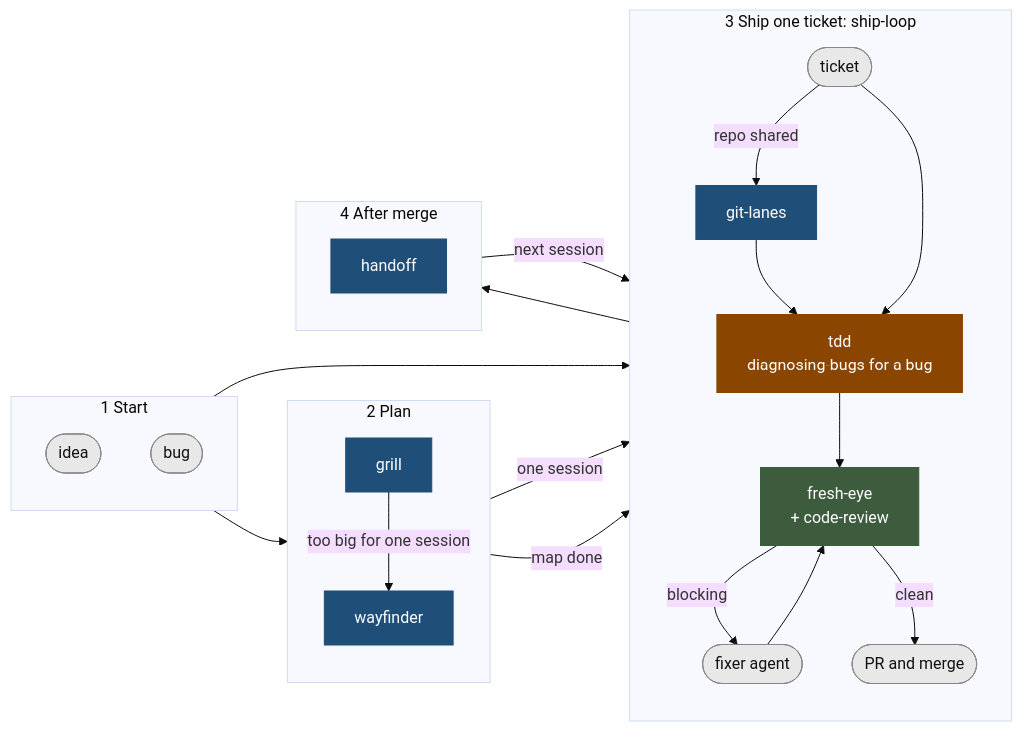
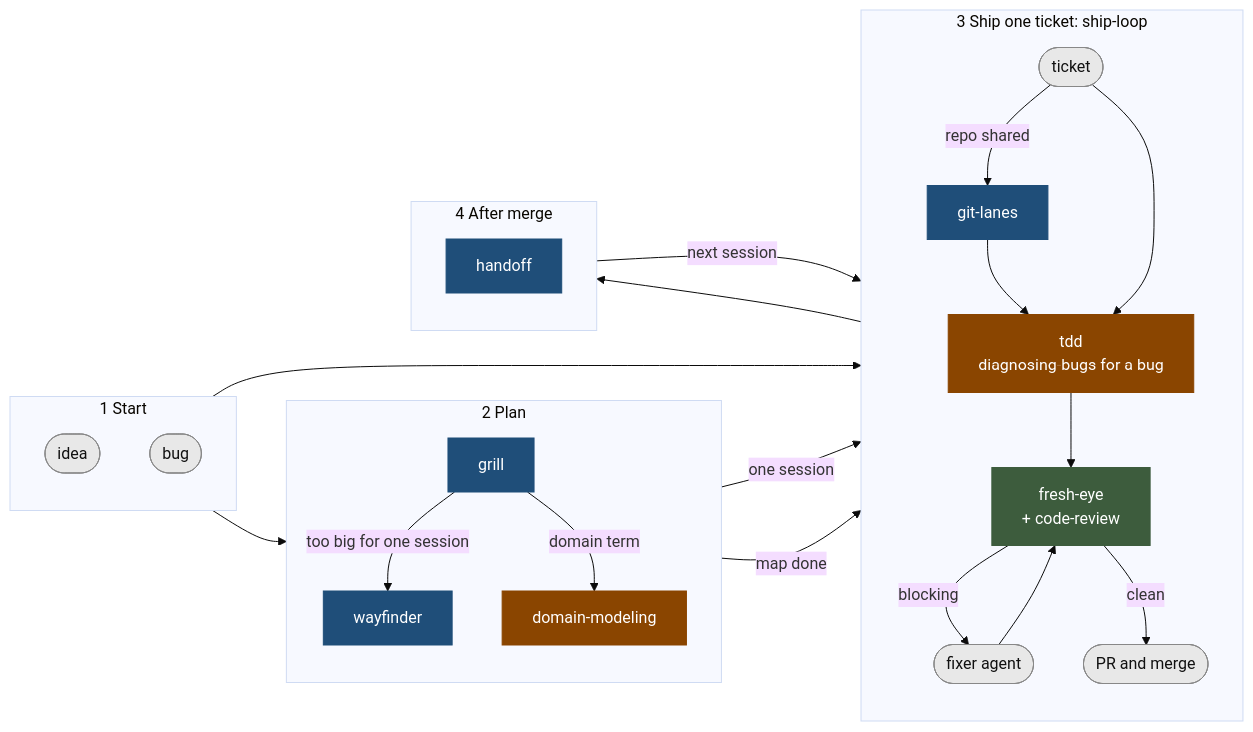
One commit to emmanuelwunjc/yw-workflow changed the diagram in README.md. Above: the diagram before and after it, drawn with Mermaid (base theme). The commit also changed other lines of this file and 6 other files, not shown here.

First line of the commit message:
docs(skills): hand off to domain-modeling, triage, wizard and wait-what, and take tdd seams from the ticket (#42) (#174)

````diff
--- a/README.md
+++ b/README.md
@@ -40,42 +40,44 @@
 ```mermaid
 flowchart LR
     subgraph S1 [1 Start]
         direction TB
         idea([idea]):::start
         bug([bug]):::start
     end
     subgraph S2 [2 Plan]
         direction TB
         grill[grill]:::yw
         way[wayfinder]:::yw
+        dm[domain-modeling]:::matt
     end
     subgraph S3 [3 Ship one ticket: ship-loop]
         direction TB
         ticket([ticket]):::start
         lanes[git-lanes]:::yw
         build[tdd<br/>diagnosing-bugs for a bug]:::matt
         review[fresh-eye<br/>+ code-review]:::both
         fixer([fixer agent]):::start
         merge([PR and merge]):::start
         ticket -->|repo shared| lanes --> build --> review
         ticket --> build
         review -->|blocking| fixer --> review
         review -->|clean| merge
     end
     subgraph S4 [4 After merge]
         direction TB
         handoff[handoff]:::yw
     end
     idea --> grill
     grill -->|too big for one session| way
+    grill -->|domain term| dm
     grill -->|one session| ticket
     way -->|map done| ticket
     bug --> ticket
     merge --> handoff
     handoff -->|next session| lanes
 
     classDef yw fill:#1f4e79,stroke:#1f4e79,color:#ffffff
     classDef matt fill:#8a4500,stroke:#8a4500,color:#ffffff
     classDef both fill:#3d5c3d,stroke:#3d5c3d,color:#ffffff
     classDef start fill:#e8e8e8,stroke:#888888,color:#111111
 ```
````
